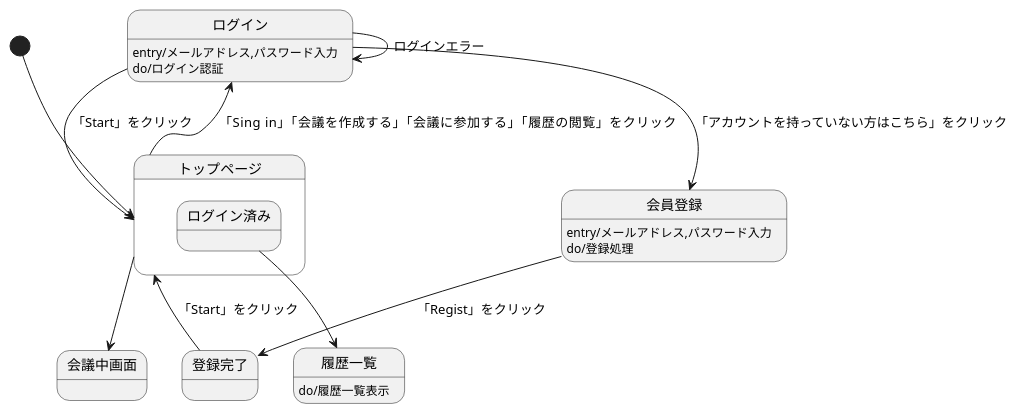
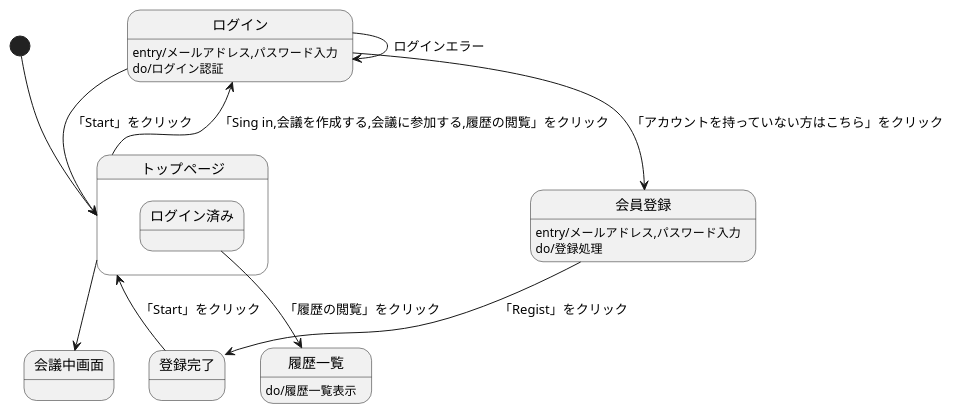
One commit to Aso2001031/2021sys-design changed the diagram in 画面遷移図.md. Above: the diagram before and after it, drawn with PlantUML.

````diff
--- a/画面遷移図.md
+++ b/画面遷移図.md
@@ -1,32 +1,32 @@
 ```uml
 @startuml
 
 [*] -down-> トップページ
 
 State トップページ {
   state ログイン済み {
   
   }
 }
-トップページ --> ログイン :「Sing in」「会議を作成する」「会議に参加する」「履歴の閲覧」をクリック
+トップページ --> ログイン :「Sing in,会議を作成する,会議に参加する,履歴の閲覧」をクリック
 トップページ --> 会議中画面
 
 
 ログイン : entry/メールアドレス,パスワード入力
 ログイン : do/ログイン認証
 ログイン --> トップページ :「Start」をクリック
 ログイン --> 会員登録 :「アカウントを持っていない方はこちら」をクリック
 ログイン --> ログイン :ログインエラー
 
 会員登録 : entry/メールアドレス,パスワード入力
 会員登録 : do/登録処理
 会員登録 --> 登録完了 : 「Regist」をクリック
 
 登録完了 --> トップページ :「Start」をクリック
 
-ログイン済み --> 履歴一覧
+ログイン済み --> 履歴一覧 :「履歴の閲覧」をクリック
 
 履歴一覧 :do/履歴一覧表示
 
 @enduml
 ```
````
